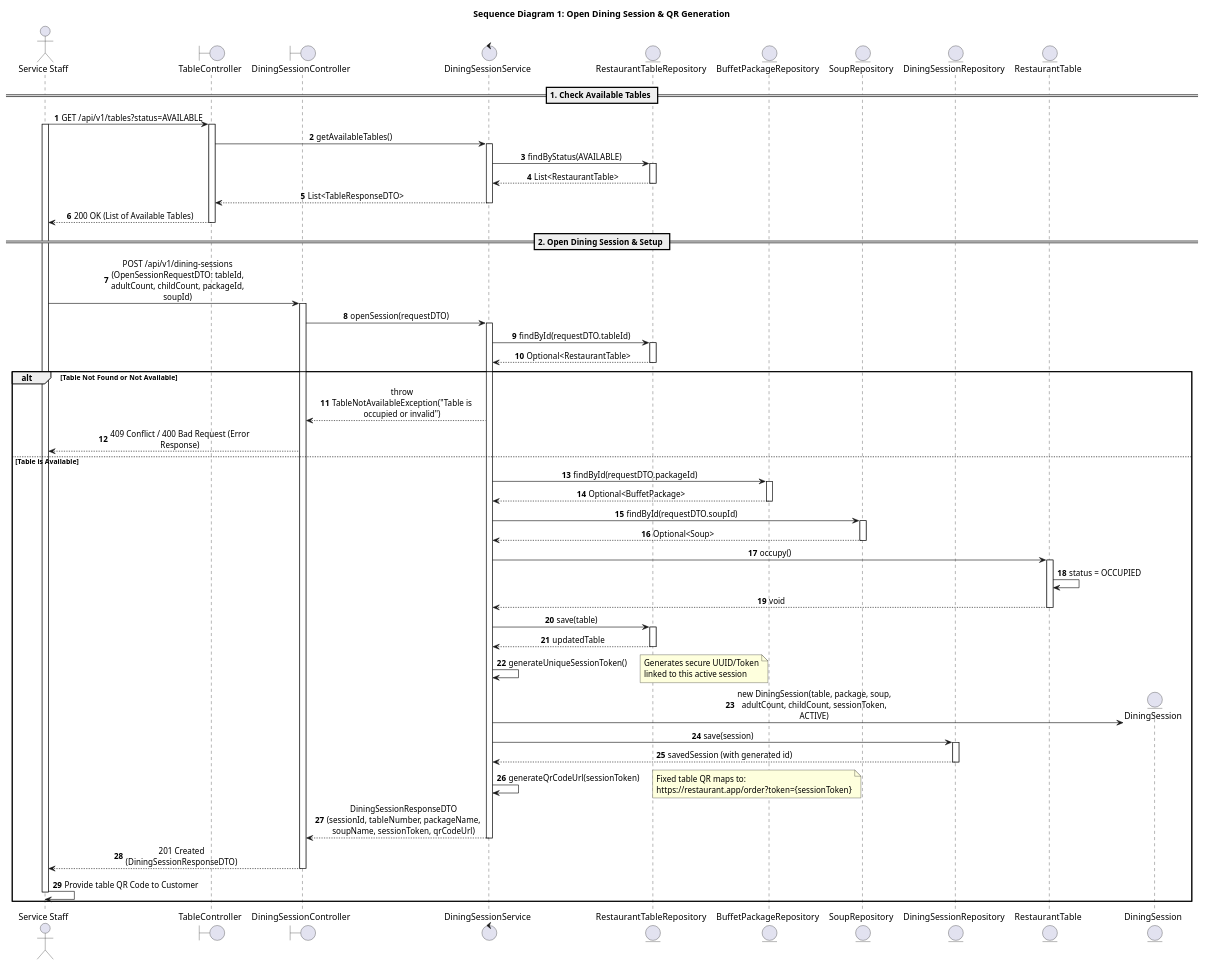
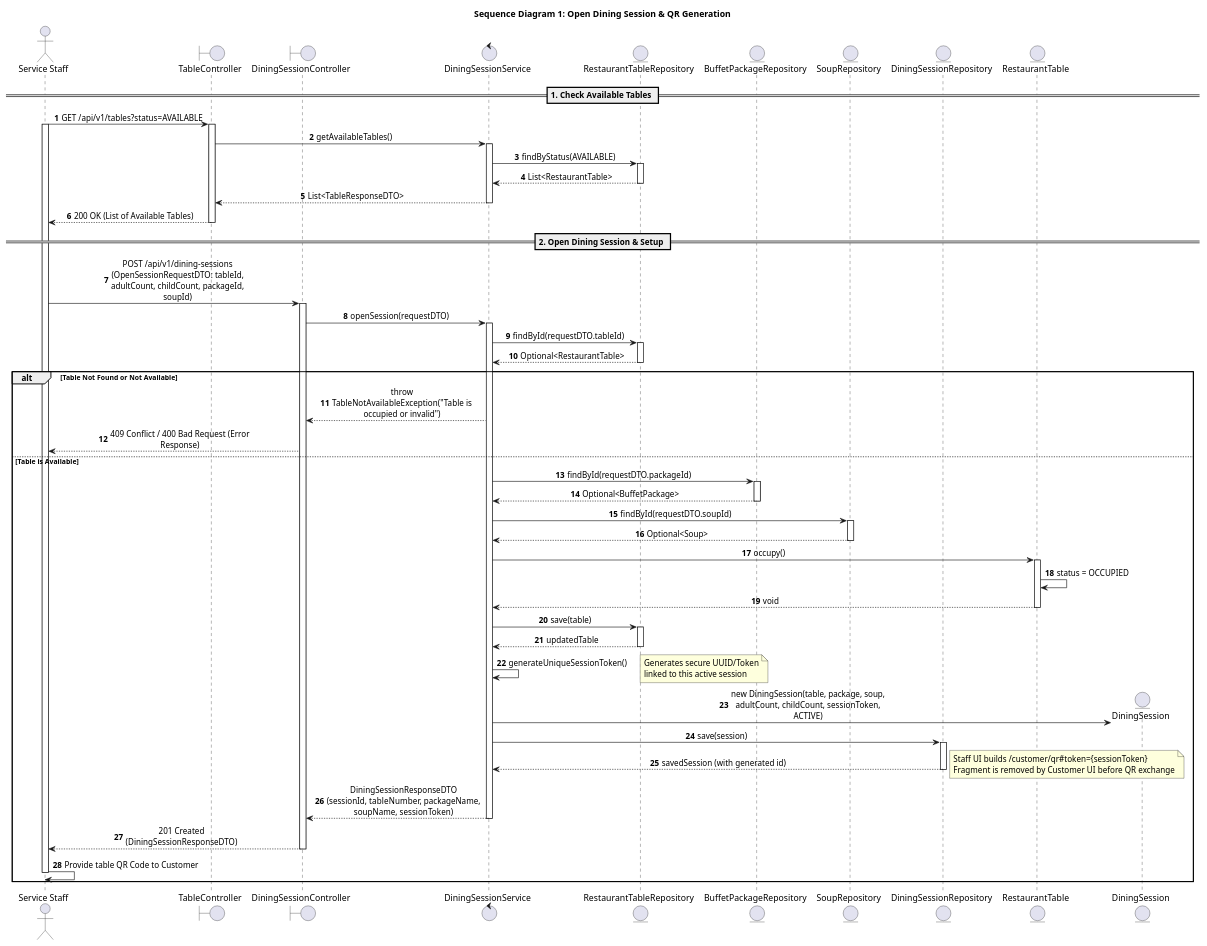
The diagram in doc/diagrams/sequence-open-session.puml (PavaritPramual/buffet-restaurant-management-system), drawn with PlantUML before and after one commit. The commit also changed 9 other files, not shown here.

```diff
--- a/doc/diagrams/sequence-open-session.puml
+++ b/doc/diagrams/sequence-open-session.puml
@@ -1,94 +1,93 @@
 @startuml
 title Sequence Diagram 1: Open Dining Session & QR Generation
 
 skinparam sequenceMessageAlign center
 skinparam responseMessageBelowArrow true
 skinparam maxMessageSize 250
 autonumber
 
 actor "Service Staff" as Staff
 boundary "TableController" as TC
 boundary "DiningSessionController" as DSC
 control "DiningSessionService" as DSS
 entity "RestaurantTableRepository" as TR
 entity "BuffetPackageRepository" as BPR
 entity "SoupRepository" as SR
 entity "DiningSessionRepository" as DSR
 entity "RestaurantTable" as Table
 entity "DiningSession" as Session
 
 == 1. Check Available Tables ==
 Staff -> TC: GET /api/v1/tables?status=AVAILABLE
 activate Staff
 activate TC
 TC -> DSS: getAvailableTables()
 activate DSS
 DSS -> TR: findByStatus(AVAILABLE)
 activate TR
 TR --> DSS: List<RestaurantTable>
 deactivate TR
 DSS --> TC: List<TableResponseDTO>
 deactivate DSS
 TC --> Staff: 200 OK (List of Available Tables)
 deactivate TC
 
 == 2. Open Dining Session & Setup ==
 Staff -> DSC: POST /api/v1/dining-sessions\n(OpenSessionRequestDTO: tableId, adultCount, childCount, packageId, soupId)
 activate DSC
 DSC -> DSS: openSession(requestDTO)
 activate DSS
 
 DSS -> TR: findById(requestDTO.tableId)
 activate TR
 TR --> DSS: Optional<RestaurantTable>
 deactivate TR
 
 alt Table Not Found or Not Available
     DSS --> DSC: throw TableNotAvailableException("Table is occupied or invalid")
     DSC --> Staff: 409 Conflict / 400 Bad Request (Error Response)
 else Table is Available
     DSS -> BPR: findById(requestDTO.packageId)
     activate BPR
     BPR --> DSS: Optional<BuffetPackage>
     deactivate BPR
 
     DSS -> SR: findById(requestDTO.soupId)
     activate SR
     SR --> DSS: Optional<Soup>
     deactivate SR
 
     DSS -> Table: occupy()
     activate Table
     Table -> Table: status = OCCUPIED
     Table --> DSS: void
     deactivate Table
 
     DSS -> TR: save(table)
     activate TR
     TR --> DSS: updatedTable
     deactivate TR
 
     DSS -> DSS: generateUniqueSessionToken()
     note right: Generates secure UUID/Token\nlinked to this active session
 
     create Session
     DSS -> Session: new DiningSession(table, package, soup,\nadultCount, childCount, sessionToken, ACTIVE)
 
     DSS -> DSR: save(session)
     activate DSR
     DSR --> DSS: savedSession (with generated id)
     deactivate DSR
 
-    DSS -> DSS: generateQrCodeUrl(sessionToken)
-    note right: Fixed table QR maps to:\nhttps://restaurant.app/order?token={sessionToken}
+    note right: Staff UI builds /customer/qr#token={sessionToken}\nFragment is removed by Customer UI before QR exchange
 
-    DSS --> DSC: DiningSessionResponseDTO\n(sessionId, tableNumber, packageName, soupName, sessionToken, qrCodeUrl)
+    DSS --> DSC: DiningSessionResponseDTO\n(sessionId, tableNumber, packageName, soupName, sessionToken)
     deactivate DSS
     DSC --> Staff: 201 Created (DiningSessionResponseDTO)
     deactivate DSC
 
     Staff -> Staff: Provide table QR Code to Customer
     deactivate Staff
 end
 
 @enduml
```
